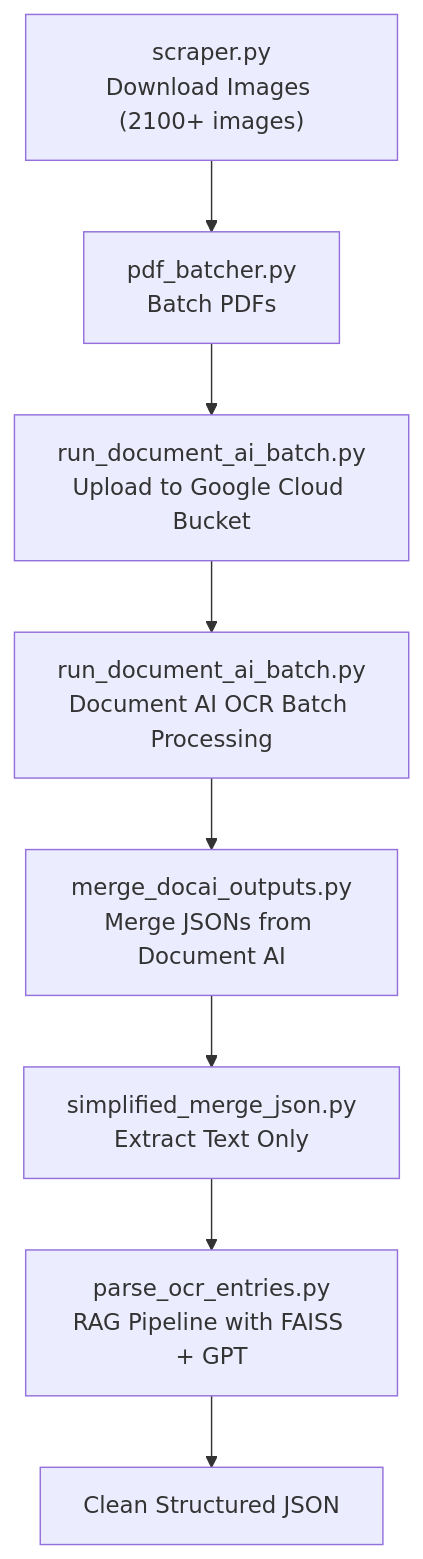
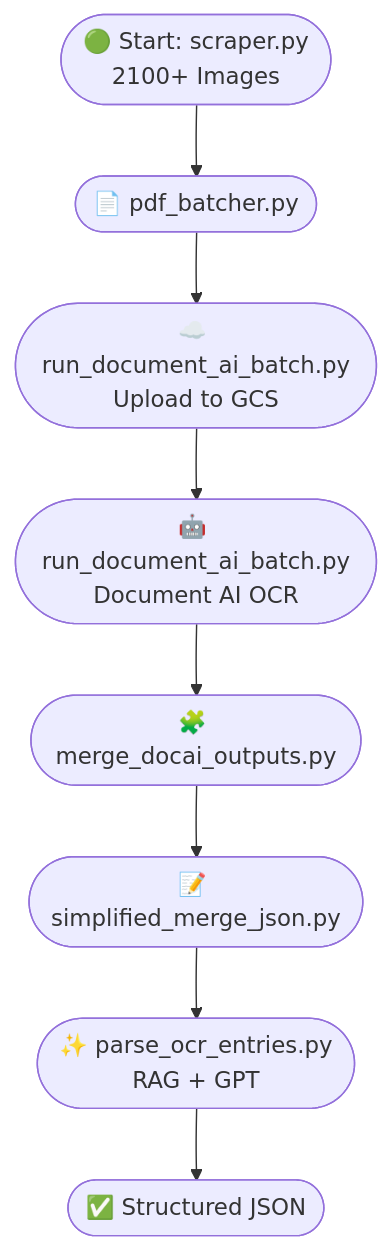
Before and after one commit to RobinSah/HN_OCR_Workflow: the diagram in README.md, drawn with Mermaid.

````diff
--- a/README.md
+++ b/README.md
@@ -92,11 +92,14 @@
 ```mermaid
 flowchart TD
-  A["scraper.py\nDownload Images (2100+ images)"]
-  A --> B["pdf_batcher.py\nBatch PDFs"]
-  B --> C["run_document_ai_batch.py\nUpload to Google Cloud Bucket"]
-  C --> D["run_document_ai_batch.py\nDocument AI OCR Batch Processing"]
-  D --> E["merge_docai_outputs.py\nMerge JSONs from Document AI"]
-  E --> F["simplified_merge_json.py\nExtract Text Only"]
-  F --> G["parse_ocr_entries.py\nRAG Pipeline with FAISS + GPT"]
-  G --> H["Clean Structured JSON"]
+  A([🟢 Start: scraper.py<br>2100+ Images])
+  B([📄 pdf_batcher.py])
+  C([☁️ run_document_ai_batch.py<br>Upload to GCS])
+  D([🤖 run_document_ai_batch.py<br>Document AI OCR])
+  E([🧩 merge_docai_outputs.py])
+  F([📝 simplified_merge_json.py])
+  G([✨ parse_ocr_entries.py<br>RAG + GPT])
+  H([✅ Structured JSON])
+
+  A --> B --> C --> D --> E --> F --> G --> H
+
 ```
````
